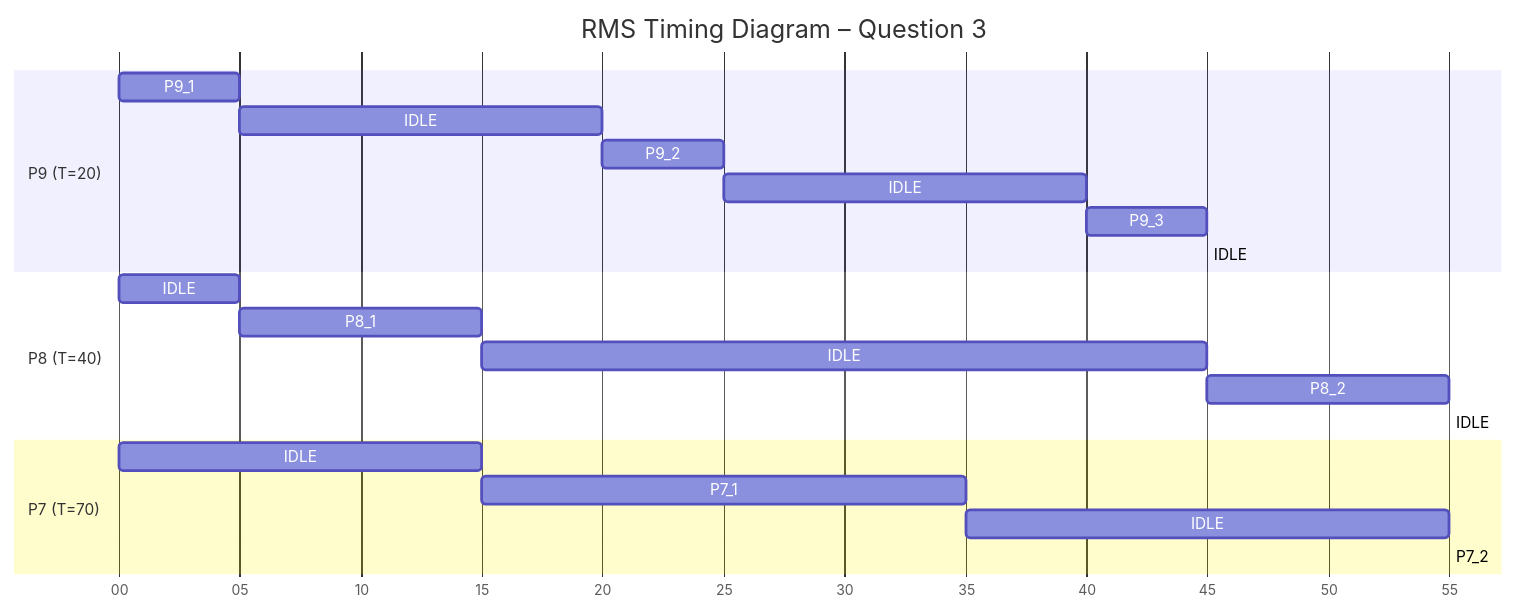
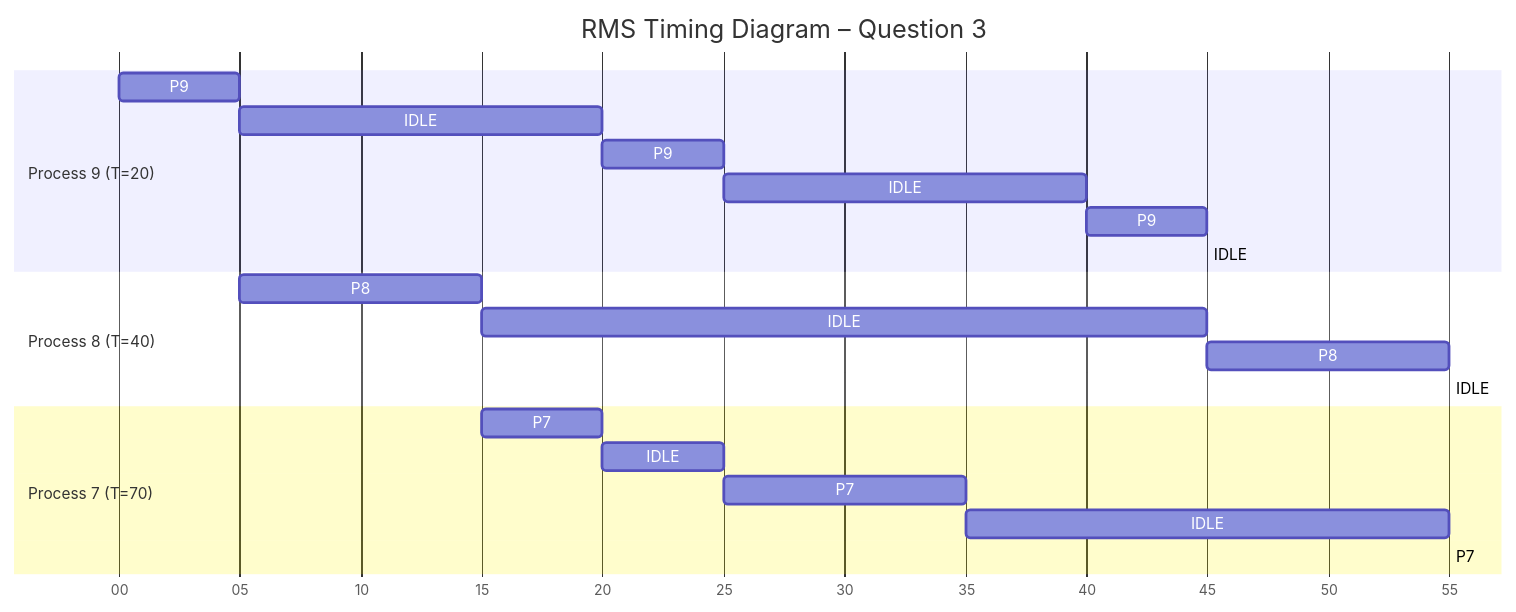
The third of 3 diagrams in assignment05/assignment05Report.md (fareenlavji/rtConcurrentSystems), drawn with Mermaid before and after one commit. The commit also changed other lines of this file, not shown here.

Commit message:
Refactor timing diagram sections in report

````diff
--- a/assignment05/assignment05Report.md
+++ b/assignment05/assignment05Report.md
@@ -167,27 +176,27 @@
 ```mermaid
 gantt
     title RMS Timing Diagram – Question 3
     dateFormat  s
     axisFormat  %S
 
-    section P9 (T=20)
-    P9_1 :0, 5
-    IDLE :5, 20
-    P9_2 :20, 25
-    IDLE :25, 40
-    P9_3 :40, 45
-    IDLE :45, 70
+    section Process 9 (T=20)
+    P9: 0, 5
+    IDLE: 5, 20
+    P9: 20, 25
+    IDLE: 25, 40
+    P9: 40, 45
+    IDLE: 45, 70
 
-    section P8 (T=40)
-    IDLE :0, 5
-    P8_1 :5, 15
-    IDLE :15, 45
-    P8_2 :45, 55
-    IDLE :55, 70
+    section Process 8 (T=40)
+    P8: 5, 15
+    IDLE: 15, 45
+    P8: 45, 55
+    IDLE: 55, 70
 
-    section P7 (T=70)
-    IDLE :0, 15
-    P7_1 :15, 35
-    IDLE :35, 55
-    P7_2 :55, 70
+    section Process 7 (T=70)
+    P7: 15, 20
+    IDLE: 20, 25
+    P7: 25, 35
+    IDLE: 35, 55
+    P7: 55, 70
 ```
````
